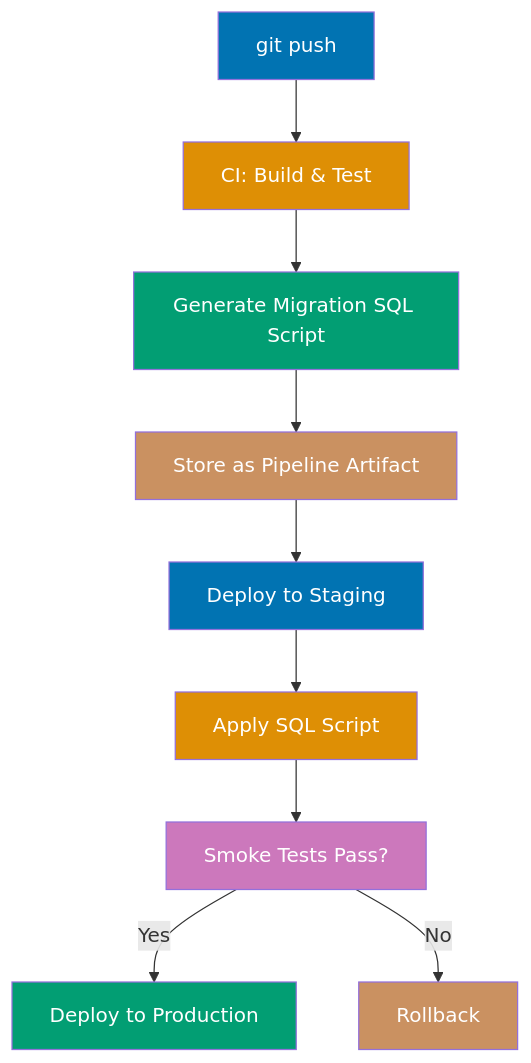
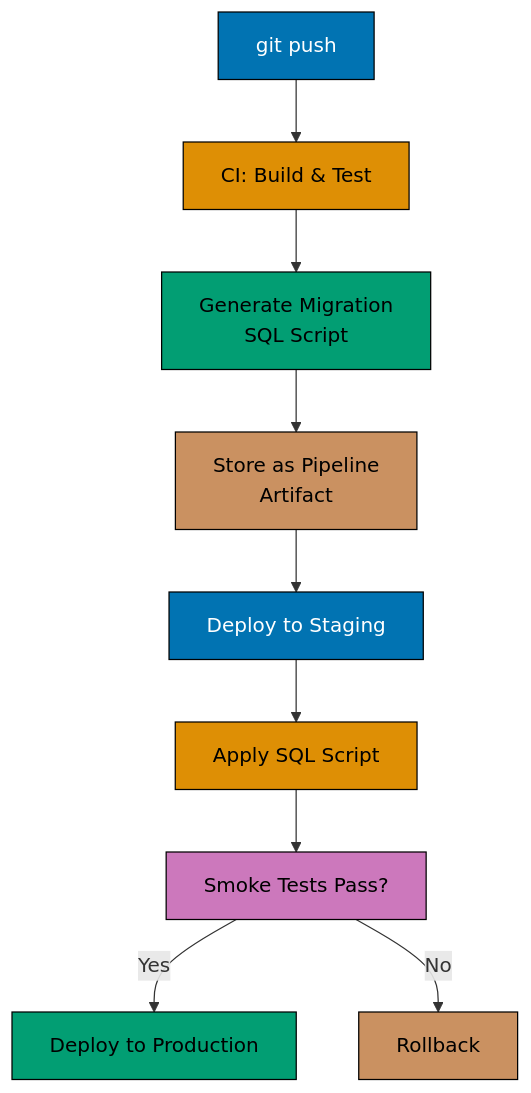
Before and after one commit to wahidyankf/ose-public: the fourth of 5 diagrams in apps/ayokoding-www/content/en/learn/legacy/software-engineering/data/tools/csharp-ef-core/by-example/advanced.md, drawn with Mermaid. The commit also changed other lines of this file and 131 other files, not shown here.

First line of the commit message:
fix(mermaid): bring the legacy data, infrastructure, and testing diagrams onto the accessible palette

````diff
--- a/apps/ayokoding-www/content/en/learn/legacy/software-engineering/data/tools/csharp-ef-core/by-example/advanced.md
+++ b/apps/ayokoding-www/content/en/learn/legacy/software-engineering/data/tools/csharp-ef-core/by-example/advanced.md
@@ -563,22 +583,30 @@
 ```mermaid
 %% Color Palette: Blue #0173B2, Orange #DE8F05, Teal #029E73, Purple #CC78BC, Brown #CA9161
 graph TD
+    accTitle: Example 69: EF Core Migrations in CI/CD Pipeline
+    accDescr: Graph with 10 nodes and 9 connections. Nodes: git push, B, Test, Generate Migration SQL Script, Store as Pipeline Artifact, Deploy to Staging, Apply SQL Script, Smoke Tests Pass?, Deploy to Production, Rollback. Connections: git push to B, git push to Test, B to Generate Migration SQL Script, Generate Migration SQL Script to Store as Pipeline Artifact, Store as Pipeline Artifact to Deploy to Staging, Deploy to Staging to Apply SQL Script, Apply SQL Script to Smoke Tests Pass?, Smoke Tests Pass? to Deploy to Production (Yes), Smoke Tests Pass? to Rollback (No).
     A[git push] --> B[CI: Build & Test]
-    B --> C[Generate Migration SQL Script]
-    C --> D[Store as Pipeline Artifact]
+    B --> C[Generate Migration<br/>SQL Script]
+    C --> D[Store as Pipeline<br/>Artifact]
     D --> E[Deploy to Staging]
     E --> F[Apply SQL Script]
     F --> G[Smoke Tests Pass?]
     G -->|Yes| H[Deploy to Production]
     G -->|No| I[Rollback]
 
-    style A fill:#0173B2,color:#fff
-    style B fill:#DE8F05,color:#fff
-    style C fill:#029E73,color:#fff
-    style D fill:#CA9161,color:#fff
-    style E fill:#0173B2,color:#fff
-    style F fill:#DE8F05,color:#fff
-    style G fill:#CC78BC,color:#fff
-    style H fill:#029E73,color:#fff
-    style I fill:#CA9161,color:#fff
+    classDef pal-0173B2 fill:#0173B2,stroke:#000000,color:#FFFFFF
+    class A pal-0173B2
+    classDef pal-DE8F05 fill:#DE8F05,stroke:#000000,color:#000000
+    class B pal-DE8F05
+    classDef pal-029E73 fill:#029E73,stroke:#000000,color:#000000
+    class C pal-029E73
+    classDef pal-CA9161 fill:#CA9161,stroke:#000000,color:#000000
+    class D pal-CA9161
+    class E pal-0173B2
+    class F pal-DE8F05
+    classDef pal-CC78BC fill:#CC78BC,stroke:#000000,color:#000000
+    class G pal-CC78BC
+    class H pal-029E73
+    class I pal-CA9161
+    classDef default fill:#FFFFFF,stroke:#000000,color:#000000
 ```
````
